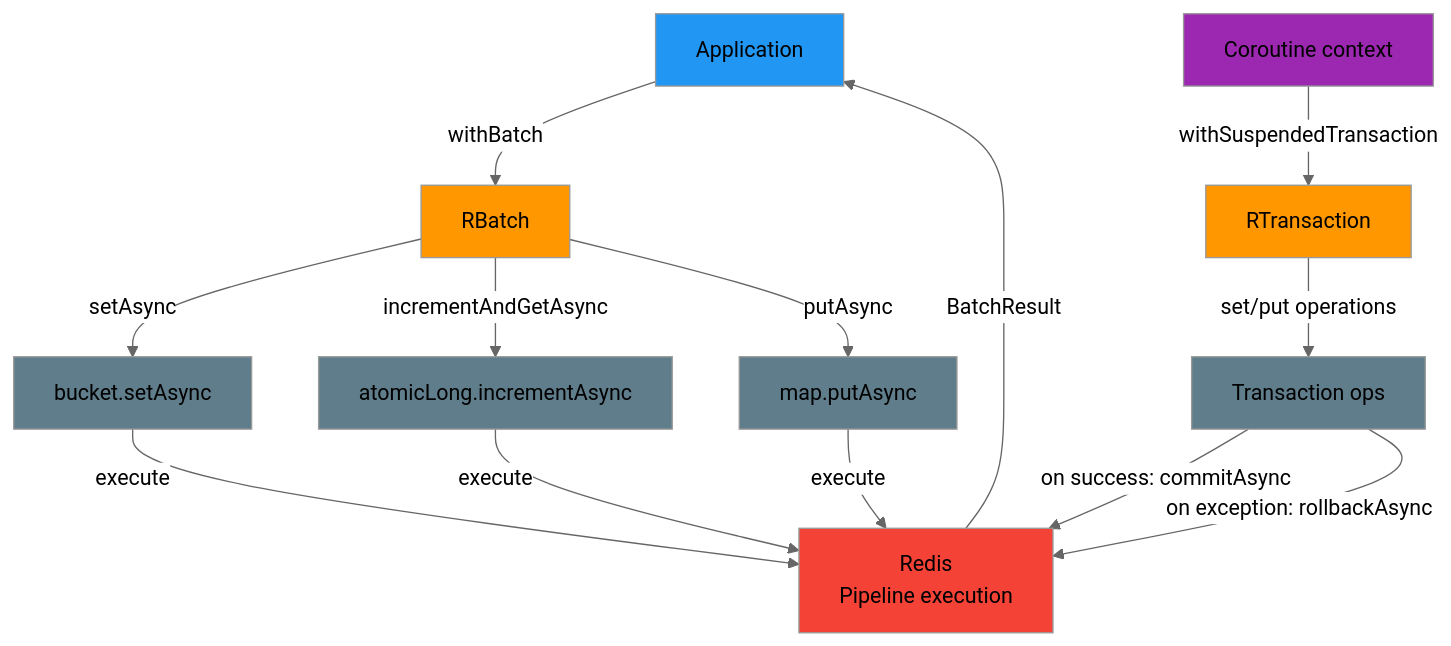
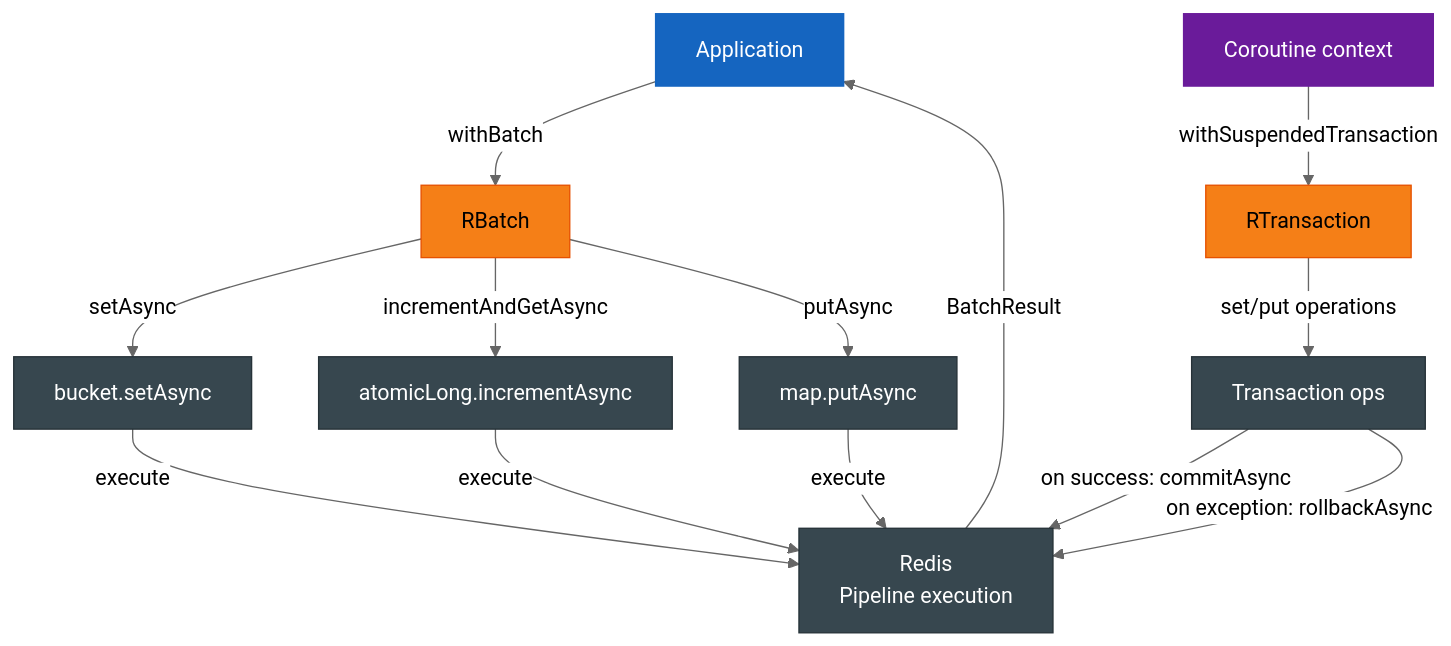
The fourth of 4 diagrams in infra/redisson/README.md (bluetape4k/bluetape4k-projects), drawn with Mermaid (neutral theme) before and after one commit. The commit also changed other lines of this file and 221 other files, not shown here.

First line of the commit message:
docs: 전체 모듈 README UML 다이어그램 보강 및 색상 업그레이드

````diff
--- a/infra/redisson/README.md
+++ b/infra/redisson/README.md
@@ -417,24 +439,32 @@
 ```mermaid
 flowchart TD
     App[Application] -->|withBatch| Batch[RBatch]
     Batch -->|setAsync| Op1[bucket.setAsync]
     Batch -->|incrementAndGetAsync| Op2[atomicLong.incrementAsync]
     Batch -->|putAsync| Op3[map.putAsync]
     Op1 & Op2 & Op3 -->|execute| Redis[Redis<br/>Pipeline execution]
     Redis -->|BatchResult| App
 
     App2[Coroutine context] -->|withSuspendedTransaction| Tx[RTransaction]
     Tx -->|set/put operations| TxOps[Transaction ops]
     TxOps -->|on success: commitAsync| Redis
     TxOps -->|on exception: rollbackAsync| Redis
 
-    style App fill:#2196F3
-    style App2 fill:#9C27B0
-    style Redis fill:#F44336
-    style Batch fill:#FF9800
-    style Tx fill:#FF9800
-    style Op1 fill:#607D8B
-    style Op2 fill:#607D8B
-    style Op3 fill:#607D8B
-    style TxOps fill:#607D8B
+    classDef coreStyle fill:#1B5E20,stroke:#1B5E20,color:#FFFFFF,font-weight:bold
+    classDef serviceStyle fill:#1565C0,stroke:#1565C0,color:#FFFFFF
+    classDef utilStyle fill:#E65100,stroke:#E65100,color:#FFFFFF
+    classDef asyncStyle fill:#6A1B9A,stroke:#6A1B9A,color:#FFFFFF
+    classDef extStyle fill:#37474F,stroke:#37474F,color:#FFFFFF
+    classDef dataStyle fill:#F57F17,stroke:#F57F17,color:#000000
+    classDef cacheStyle fill:#2E7D32,stroke:#1B5E20,color:#FFFFFF
+
+    style App fill:#1565C0,stroke:#1565C0,color:#FFFFFF
+    style App2 fill:#6A1B9A,stroke:#6A1B9A,color:#FFFFFF
+    style Redis fill:#37474F,stroke:#263238,color:#FFFFFF
+    style Batch fill:#F57F17,stroke:#E65100,color:#000000
+    style Tx fill:#F57F17,stroke:#E65100,color:#000000
+    style Op1 fill:#37474F,stroke:#263238,color:#FFFFFF
+    style Op2 fill:#37474F,stroke:#263238,color:#FFFFFF
+    style Op3 fill:#37474F,stroke:#263238,color:#FFFFFF
+    style TxOps fill:#37474F,stroke:#263238,color:#FFFFFF
 ```
````
